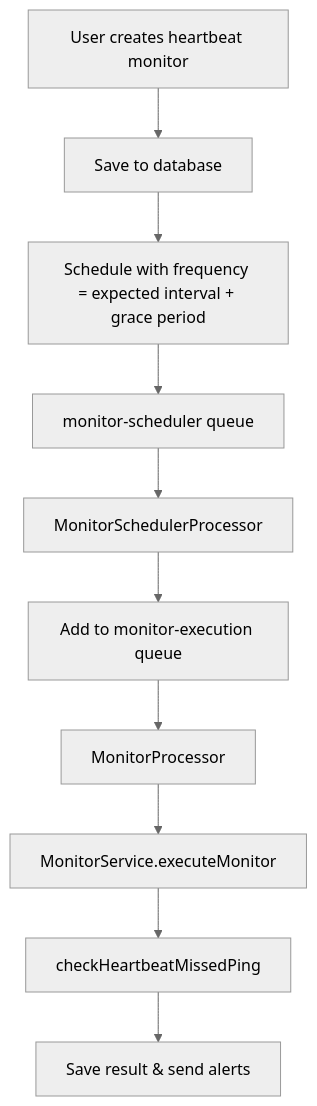
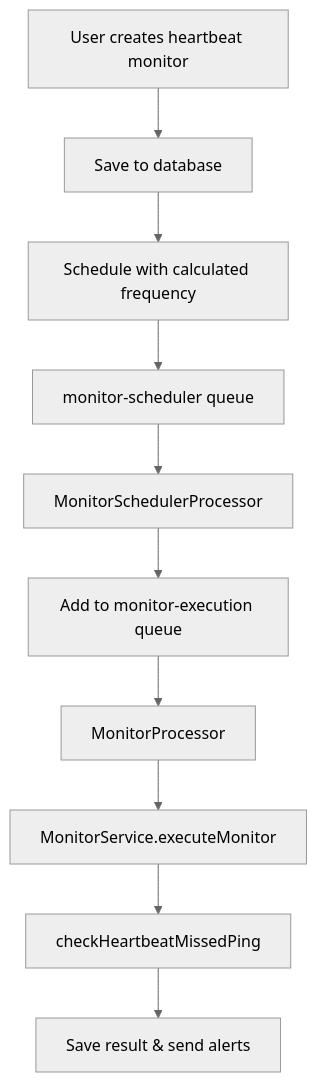
The third of 3 diagrams in specs/MONITORING_SYSTEM.md (supercheck-io/supercheck-core), drawn with Mermaid (neutral theme) before and after one commit. The commit also changed other lines of this file and 12 other files, not shown here.

````diff
--- a/specs/MONITORING_SYSTEM.md
+++ b/specs/MONITORING_SYSTEM.md
@@ -359,12 +348,12 @@
 ```mermaid
 graph TD
     A[User creates heartbeat monitor] --> B[Save to database]
-    B --> C[Schedule with frequency = expected interval + grace period]
+    B --> C[Schedule with calculated frequency]
     C --> D[monitor-scheduler queue]
     D --> E[MonitorSchedulerProcessor]
     E --> F[Add to monitor-execution queue]
     F --> G[MonitorProcessor]
     G --> H[MonitorService.executeMonitor]
     H --> I[checkHeartbeatMissedPing]
     I --> J[Save result & send alerts]
 ```
````
